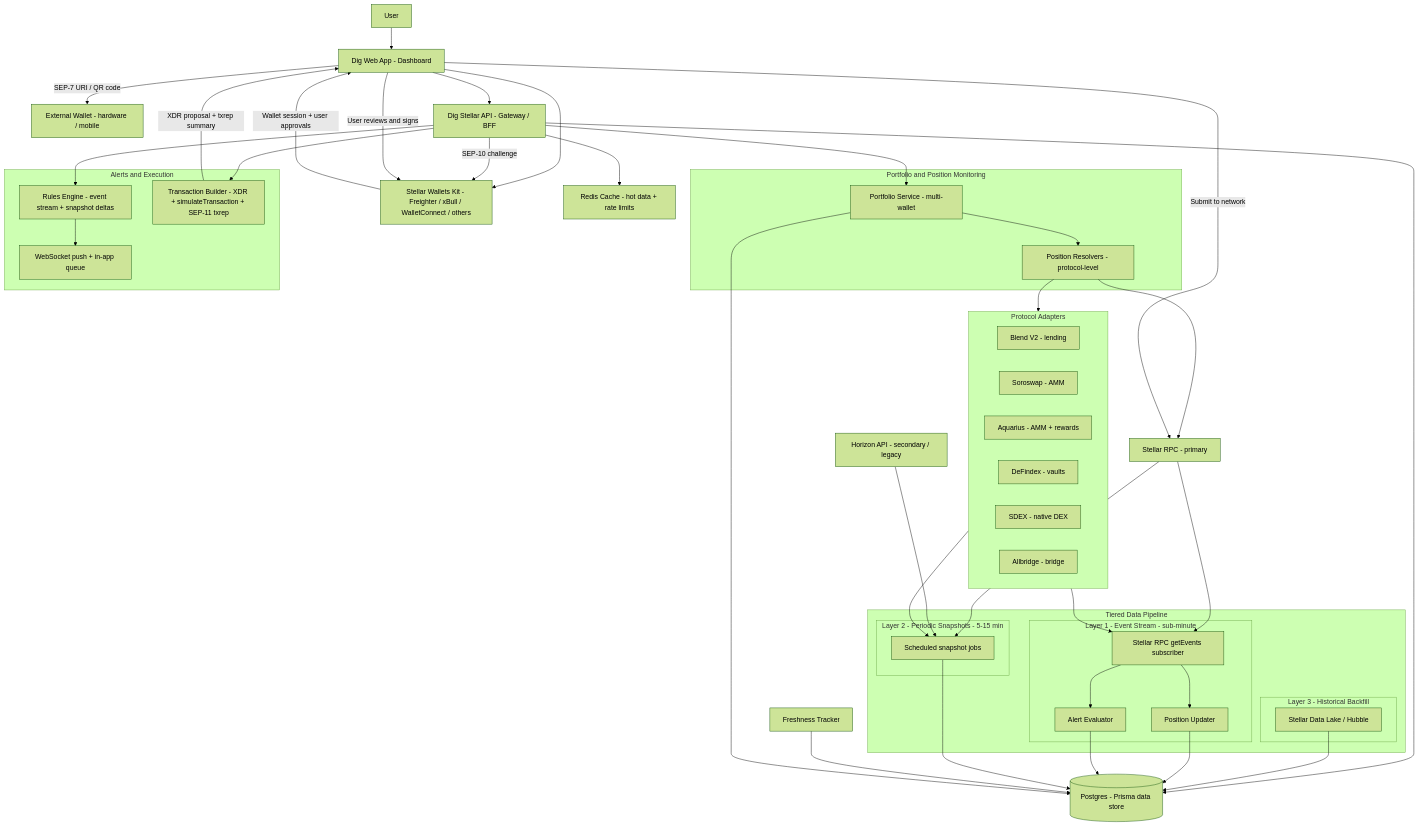
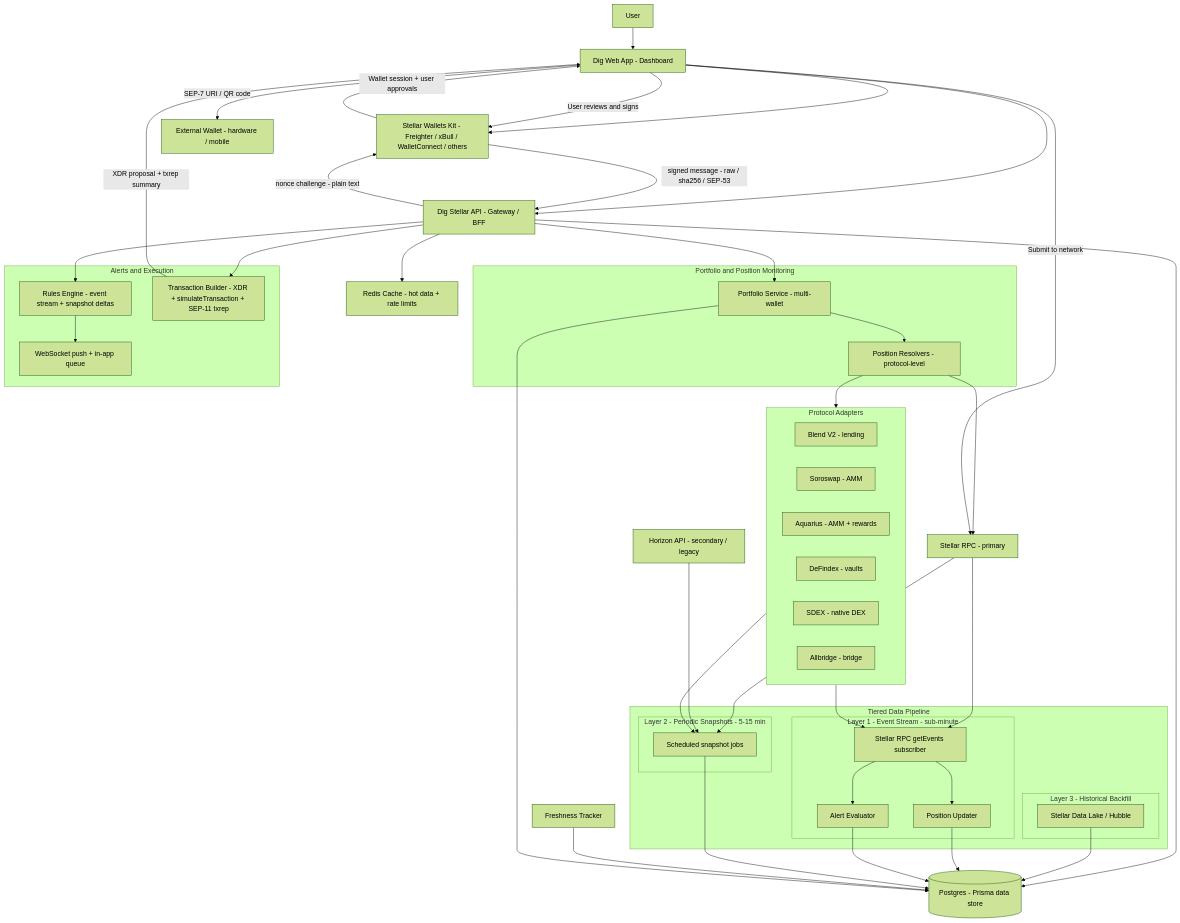
One commit to Mael-wnb/dig-stellar changed the first of 3 diagrams in docs/TECHNICAL_ARCHITECTURE.md. Above: the diagram before and after it, drawn with Mermaid (forest theme). The commit also changed other lines of this file and 6 other files, not shown here.

Commit message:
docs(lot-ep): EP3 runbook, activation, v8 lists, decision note, signed-message proof in architecture

```diff
--- a/docs/TECHNICAL_ARCHITECTURE.md
+++ b/docs/TECHNICAL_ARCHITECTURE.md
@@ -32,8 +32,10 @@
   API --> Cache[Redis Cache - hot data + rate limits]
   API --> DB[(Postgres - Prisma data store)]
 
-  %% Authentication
-  API -->|SEP-10 challenge| WK
+  %% Wallet ownership proof (Lot EP, as built): signed TEXT message, never a transaction;
+  %% nonce challenge issued by the API, verified with the public key only (no SEP-10 JWT exists)
+  API -->|nonce challenge - plain text| WK
+  WK -->|signed message - raw / sha256 / SEP-53| API
 
   %% Data & Indexing - Tiered Pipeline
   subgraph Pipeline[Tiered Data Pipeline]
```
